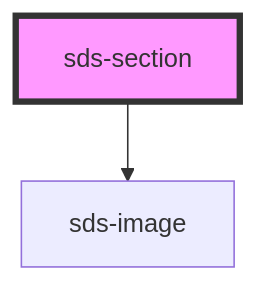
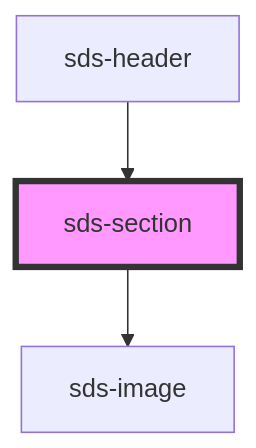
Before and after one commit to chodgesfigma/sds-mono: the diagram in packages/sds-web-components/src/ui/layout/sds-section/readme.md, drawn with Mermaid. The commit also changed other lines of this file and 20 other files, not shown here.

````diff
--- a/packages/sds-web-components/src/ui/layout/sds-section/readme.md
+++ b/packages/sds-web-components/src/ui/layout/sds-section/readme.md
@@ -27,5 +31,6 @@
 ```mermaid
 graph TD;
   sds-section --> sds-image
+  sds-header --> sds-section
   style sds-section fill:#f9f,stroke:#333,stroke-width:4px
 ```
````
